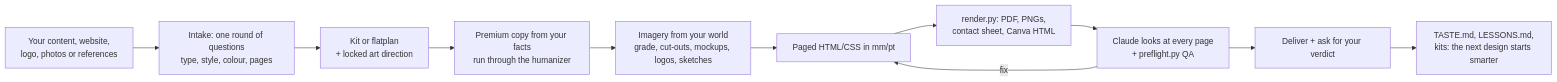
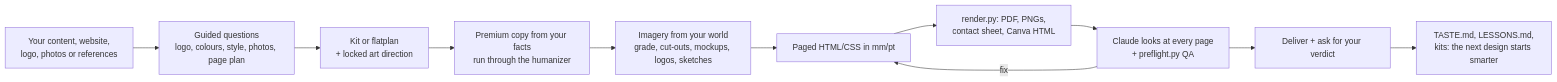
Before and after one commit to stanesjenson11-lgtm/Folio---Claude-Design-Skill-For-Poster-Brochure-Magazine: the second of 2 diagrams in README.md, drawn with Mermaid. The commit also changed other lines of this file and 31 other files, not shown here.

Commit message:
Folio v0.9.0: guided /folio flow with plan mode, logo-based palettes, ranked styles, page plan, first look and learn gate

````diff
--- a/README.md
+++ b/README.md
@@ -74,13 +100,13 @@
 ```mermaid
 flowchart LR
-  A[Your content, website,<br/>logo, photos or references] --> B[Intake: one round of questions<br/>type, style, colour, pages]
+  A[Your content, website,<br/>logo, photos or references] --> B[Guided questions<br/>logo, colours, style, photos, page plan]
   B --> C[Kit or flatplan<br/>+ locked art direction]
   C --> D[Premium copy from your facts<br/>run through the humanizer]
   D --> E[Imagery from your world<br/>grade, cut-outs, mockups, logos, sketches]
   E --> F[Paged HTML/CSS in mm/pt]
   F --> G[render.py: PDF, PNGs,<br/>contact sheet, Canva HTML]
   G --> H[Claude looks at every page<br/>+ preflight.py QA]
   H -->|fix| F
   H --> I[Deliver + ask for your verdict]
   I --> J[TASTE.md, LESSONS.md,<br/>kits: the next design starts smarter]
 ```
````
